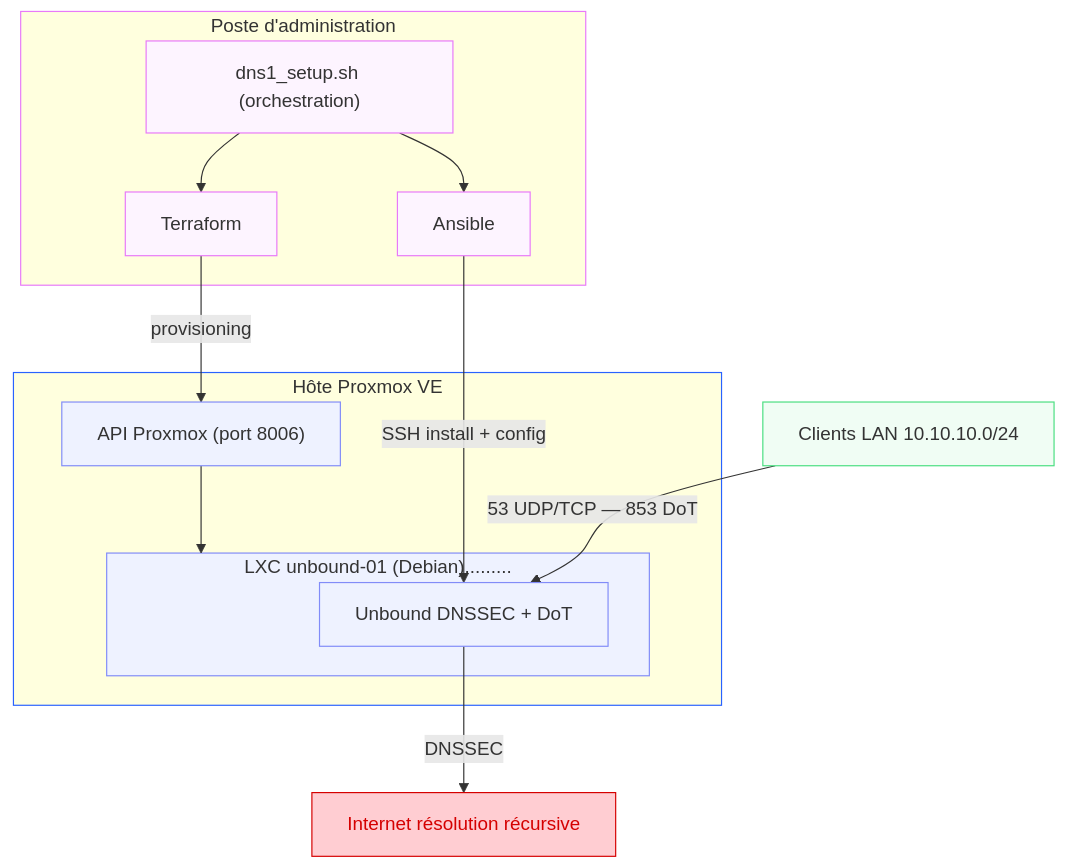
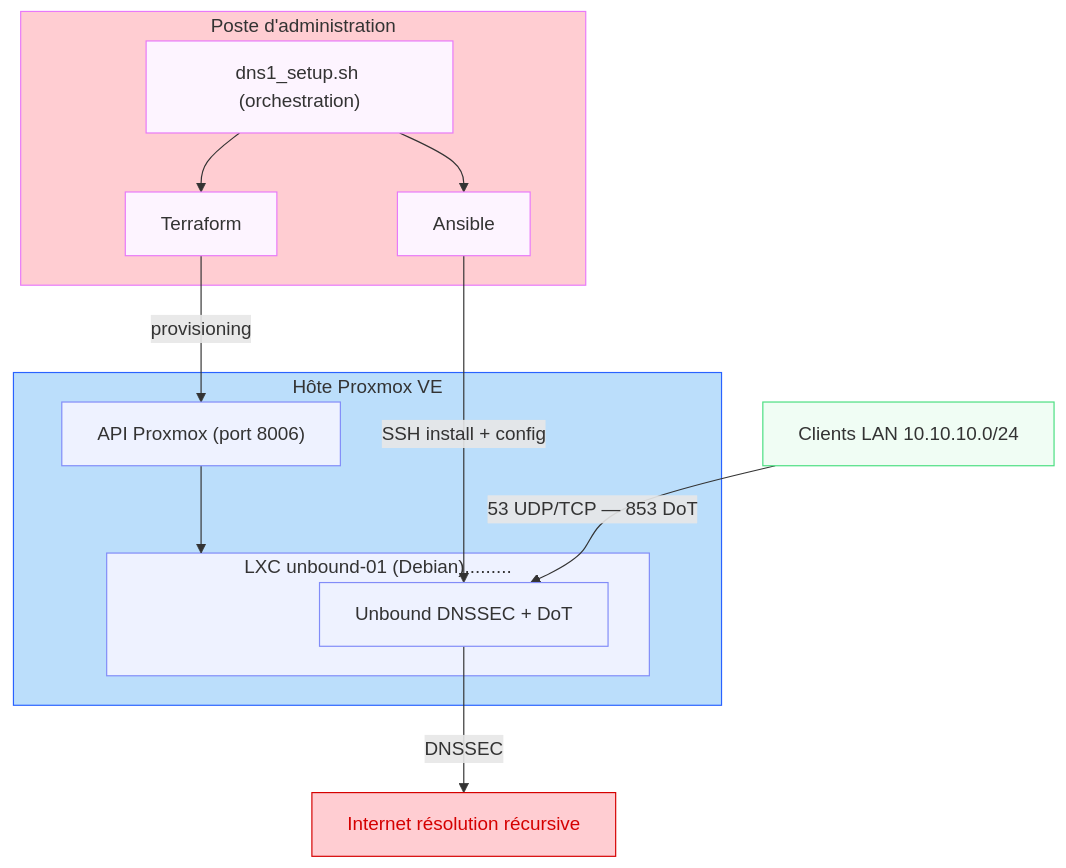
Before and after one commit to Lionel-Rousseau/proxmox-unbound-iac: the diagram in README.md, drawn with Mermaid.

Commit message:
Update styles for admin and pve in README

````diff
--- a/README.md
+++ b/README.md
@@ -33,37 +33,37 @@
 ```mermaid
 flowchart TB
  subgraph admin["Poste d'administration"]
         TF["Terraform"]
         AN["Ansible"]
         SH["dns1_setup.sh (orchestration)"]
   end
  subgraph lxc["LXC unbound-01 (Debian)........."]
         UB["Unbound DNSSEC + DoT"]
   end
  subgraph pve["Hôte Proxmox VE"]
         API["API Proxmox (port 8006)"]
         lxc
   end
     SH --> TF & AN
     TF -- provisioning --> API
     API --> lxc
     AN -- SSH install + config --> UB
     CL["Clients LAN 10.10.10.0/24"] -- 53 UDP/TCP — 853 DoT --> UB
     UB -- DNSSEC --> NET["Internet résolution récursive"]
 
      TF:::admin
      AN:::admin
      SH:::admin
      UB:::host
      API:::host
      lxc:::host
      CL:::client
      NET:::net
     classDef admin fill:#fdf4ff,stroke:#e879f9
     classDef host fill:#eef2ff,stroke:#818cf8
     classDef client fill:#f0fdf4,stroke:#4ade80
     classDef net fill:#f0f9ff,stroke:#38bdf8
     style NET stroke:#D50000,color:#D50000,fill:#FFCDD2
-    style admin stroke:#e879f9
-    style pve stroke:#2962FF
+    style admin stroke:#e879f9,fill:#FFCDD2
+    style pve stroke:#2962FF,fill:#BBDEFB
 ```
````
